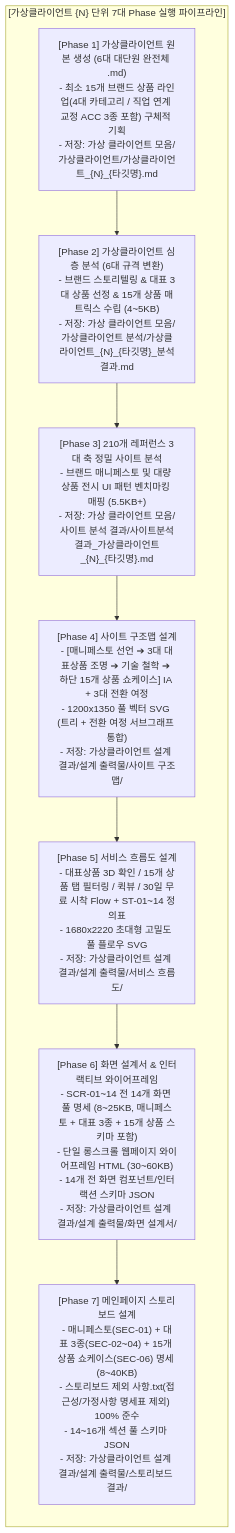
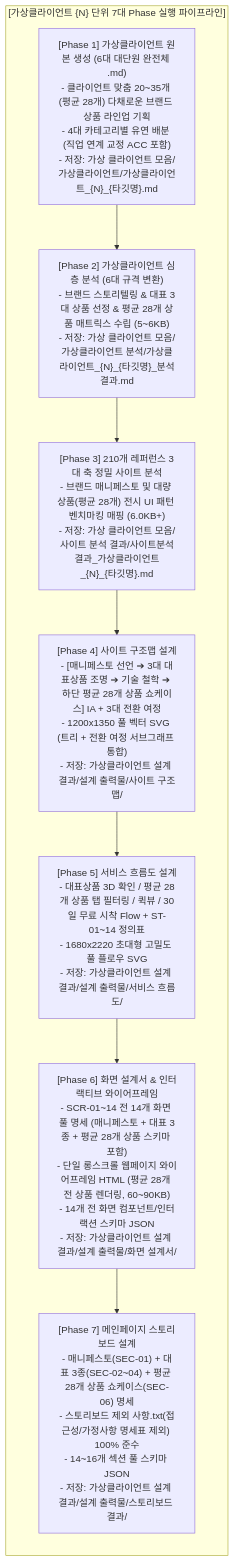
Before and after one commit to dladusdn4562-bot/wireframe: the diagram in md_skill/통합_자동화/SKILL.md, drawn with Mermaid. The commit also changed other lines of this file and 36 other files, not shown here.

````diff
--- a/md_skill/통합_자동화/SKILL.md
+++ b/md_skill/통합_자동화/SKILL.md
@@ -53,15 +55,15 @@
 ```mermaid
 flowchart TD
     subgraph Pipeline["[가상클라이언트 {N} 단위 7대 Phase 실행 파이프라인]"]
         direction TB
-        P1["[Phase 1] 가상클라이언트 원본 생성 (6대 대단원 완전체 .md)\n- 최소 15개 브랜드 상품 라인업(4대 카테고리 / 직업 연계 교정 ACC 3종 포함) 구체적 기획\n- 저장: 가상 클라이언트 모음/가상클라이언트/가상클라이언트_{N}_{타깃명}.md"]
-        P2["[Phase 2] 가상클라이언트 심층 분석 (6대 규격 변환)\n- 브랜드 스토리텔링 & 대표 3대 상품 선정 & 15개 상품 매트릭스 수립 (4~5KB)\n- 저장: 가상 클라이언트 모음/가상클라이언트 분석/가상클라이언트_{N}_{타깃명}_분석결과.md"]
-        P3["[Phase 3] 210개 레퍼런스 3대 축 정밀 사이트 분석\n- 브랜드 매니페스토 및 대량 상품 전시 UI 패턴 벤치마킹 매핑 (5.5KB+)\n- 저장: 가상 클라이언트 모음/사이트 분석 결과/사이트분석결과_가상클라이언트_{N}_{타깃명}.md"]
-        P4["[Phase 4] 사이트 구조맵 설계\n- [매니페스토 선언 ➔ 3대 대표상품 조명 ➔ 기술 철학 ➔ 하단 15개 상품 쇼케이스] IA + 3대 전환 여정\n- 1200x1350 풀 벡터 SVG (트리 + 전환 여정 서브그래프 통합)\n- 저장: 가상클라이언트 설계 결과/설계 출력물/사이트 구조맵/"]
-        P5["[Phase 5] 서비스 흐름도 설계\n- 대표상품 3D 확인 / 15개 상품 탭 필터링 / 퀵뷰 / 30일 무료 시착 Flow + ST-01~14 정의표\n- 1680x2220 초대형 고밀도 풀 플로우 SVG\n- 저장: 가상클라이언트 설계 결과/설계 출력물/서비스 흐름도/"]
-        P6["[Phase 6] 화면 설계서 & 인터랙티브 와이어프레임\n- SCR-01~14 전 14개 화면 풀 명세 (8~25KB, 매니페스토 + 대표 3종 + 15개 상품 스키마 포함)\n- 단일 롱스크롤 웹페이지 와이어프레임 HTML (30~60KB)\n- 14개 전 화면 컴포넌트/인터랙션 스키마 JSON\n- 저장: 가상클라이언트 설계 결과/설계 출력물/화면 설계서/"]
-        P7["[Phase 7] 메인페이지 스토리보드 설계\n- 매니페스토(SEC-01) + 대표 3종(SEC-02~04) + 15개 상품 쇼케이스(SEC-06) 명세 (8~40KB)\n- 스토리보드 제외 사항.txt(접근성/가정사항 명세표 제외) 100% 준수\n- 14~16개 섹션 풀 스키마 JSON\n- 저장: 가상클라이언트 설계 결과/설계 출력물/스토리보드 결과/"]
+        P1["[Phase 1] 가상클라이언트 원본 생성 (6대 대단원 완전체 .md)\n- 클라이언트 맞춤 20~35개 (평균 28개) 다채로운 브랜드 상품 라인업 기획\n- 4대 카테고리별 유연 배분 (직업 연계 교정 ACC 포함)\n- 저장: 가상 클라이언트 모음/가상클라이언트/가상클라이언트_{N}_{타깃명}.md"]
+        P2["[Phase 2] 가상클라이언트 심층 분석 (6대 규격 변환)\n- 브랜드 스토리텔링 & 대표 3대 상품 선정 & 평균 28개 상품 매트릭스 수립 (5~6KB)\n- 저장: 가상 클라이언트 모음/가상클라이언트 분석/가상클라이언트_{N}_{타깃명}_분석결과.md"]
+        P3["[Phase 3] 210개 레퍼런스 3대 축 정밀 사이트 분석\n- 브랜드 매니페스토 및 대량 상품(평균 28개) 전시 UI 패턴 벤치마킹 매핑 (6.0KB+)\n- 저장: 가상 클라이언트 모음/사이트 분석 결과/사이트분석결과_가상클라이언트_{N}_{타깃명}.md"]
+        P4["[Phase 4] 사이트 구조맵 설계\n- [매니페스토 선언 ➔ 3대 대표상품 조명 ➔ 기술 철학 ➔ 하단 평균 28개 상품 쇼케이스] IA + 3대 전환 여정\n- 1200x1350 풀 벡터 SVG (트리 + 전환 여정 서브그래프 통합)\n- 저장: 가상클라이언트 설계 결과/설계 출력물/사이트 구조맵/"]
+        P5["[Phase 5] 서비스 흐름도 설계\n- 대표상품 3D 확인 / 평균 28개 상품 탭 필터링 / 퀵뷰 / 30일 무료 시착 Flow + ST-01~14 정의표\n- 1680x2220 초대형 고밀도 풀 플로우 SVG\n- 저장: 가상클라이언트 설계 결과/설계 출력물/서비스 흐름도/"]
+        P6["[Phase 6] 화면 설계서 & 인터랙티브 와이어프레임\n- SCR-01~14 전 14개 화면 풀 명세 (매니페스토 + 대표 3종 + 평균 28개 상품 스키마 포함)\n- 단일 롱스크롤 웹페이지 와이어프레임 HTML (평균 28개 전 상품 렌더링, 60~90KB)\n- 14개 전 화면 컴포넌트/인터랙션 스키마 JSON\n- 저장: 가상클라이언트 설계 결과/설계 출력물/화면 설계서/"]
+        P7["[Phase 7] 메인페이지 스토리보드 설계\n- 매니페스토(SEC-01) + 대표 3종(SEC-02~04) + 평균 28개 상품 쇼케이스(SEC-06) 명세\n- 스토리보드 제외 사항.txt(접근성/가정사항 명세표 제외) 100% 준수\n- 14~16개 섹션 풀 스키마 JSON\n- 저장: 가상클라이언트 설계 결과/설계 출력물/스토리보드 결과/"]
 
         P1 --> P2 --> P3 --> P4 --> P5 --> P6 --> P7
     end
 ```
````
